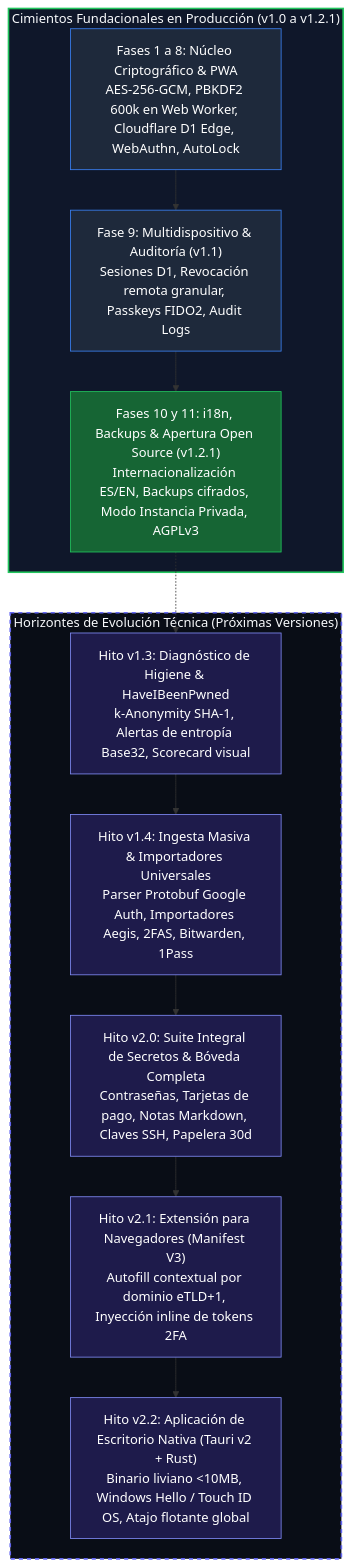
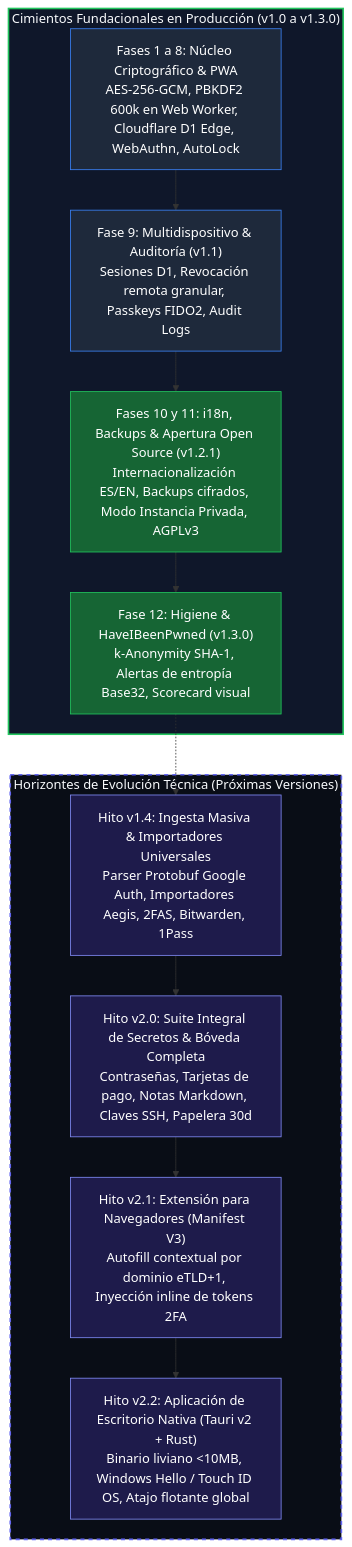
Before and after one commit to Revolt-Group/revolt-pass: the diagram in docs/es/05-ROADMAP.md, drawn with Mermaid. The commit also changed other lines of this file and 18 other files, not shown here.

````diff
--- a/docs/es/05-ROADMAP.md
+++ b/docs/es/05-ROADMAP.md
@@ -22,29 +22,29 @@
 ```mermaid
 flowchart TD
-    subgraph COMPLETADAS ["Cimientos Fundacionales en Producción (v1.0 a v1.2.1)"]
+    subgraph COMPLETADAS ["Cimientos Fundacionales en Producción (v1.0 a v1.3.0)"]
         v10["Fases 1 a 8: Núcleo Criptográfico & PWA<br/>AES-256-GCM, PBKDF2 600k en Web Worker, Cloudflare D1 Edge, WebAuthn, AutoLock"]
         v11["Fase 9: Multidispositivo & Auditoría (v1.1)<br/>Sesiones D1, Revocación remota granular, Passkeys FIDO2, Audit Logs"]
         v12["Fases 10 y 11: i18n, Backups & Apertura Open Source (v1.2.1)<br/>Internacionalización ES/EN, Backups cifrados, Modo Instancia Privada, AGPLv3"]
-        v10 --> v11 --> v12
+        v13["Fase 12: Higiene & HaveIBeenPwned (v1.3.0)<br/>k-Anonymity SHA-1, Alertas de entropía Base32, Scorecard visual"]
+        v10 --> v11 --> v12 --> v13
     end
 
     subgraph PROXIMAS ["Horizontes de Evolución Técnica (Próximas Versiones)"]
-        v13["Hito v1.3: Diagnóstico de Higiene & HaveIBeenPwned<br/>k-Anonymity SHA-1, Alertas de entropía Base32, Scorecard visual"]
         v14["Hito v1.4: Ingesta Masiva & Importadores Universales<br/>Parser Protobuf Google Auth, Importadores Aegis, 2FAS, Bitwarden, 1Pass"]
         v20["Hito v2.0: Suite Integral de Secretos & Bóveda Completa<br/>Contraseñas, Tarjetas de pago, Notas Markdown, Claves SSH, Papelera 30d"]
         v21["Hito v2.1: Extensión para Navegadores (Manifest V3)<br/>Autofill contextual por dominio eTLD+1, Inyección inline de tokens 2FA"]
         v22["Hito v2.2: Aplicación de Escritorio Nativa (Tauri v2 + Rust)<br/>Binario liviano <10MB, Windows Hello / Touch ID OS, Atajo flotante global"]
-        v12 -.-> v13 --> v14 --> v20 --> v21 --> v22
+        v13 -.-> v14 --> v20 --> v21 --> v22
     end
 
     style COMPLETADAS fill:#0f172a,stroke:#22c55e,stroke-width:2px,color:#f8fafc
     style PROXIMAS fill:#090d16,stroke:#6366f1,stroke-width:2px,stroke-dasharray: 5 5,color:#f8fafc
     style v10 fill:#1e293b,stroke:#3b82f6,color:#fff
     style v11 fill:#1e293b,stroke:#3b82f6,color:#fff
     style v12 fill:#166534,stroke:#22c55e,color:#fff
-    style v13 fill:#1e1b4b,stroke:#818cf8,color:#fff
+    style v13 fill:#166534,stroke:#22c55e,color:#fff
     style v14 fill:#1e1b4b,stroke:#818cf8,color:#fff
     style v20 fill:#1e1b4b,stroke:#818cf8,color:#fff
     style v21 fill:#1e1b4b,stroke:#818cf8,color:#fff
     style v22 fill:#1e1b4b,stroke:#818cf8,color:#fff
 ```
````
